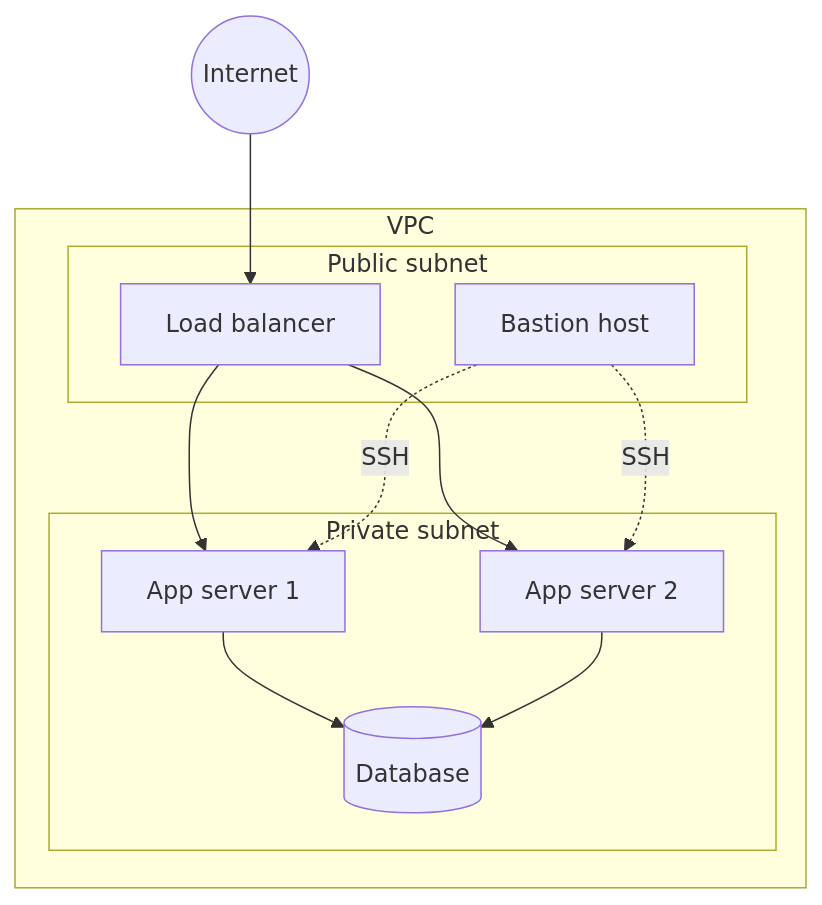
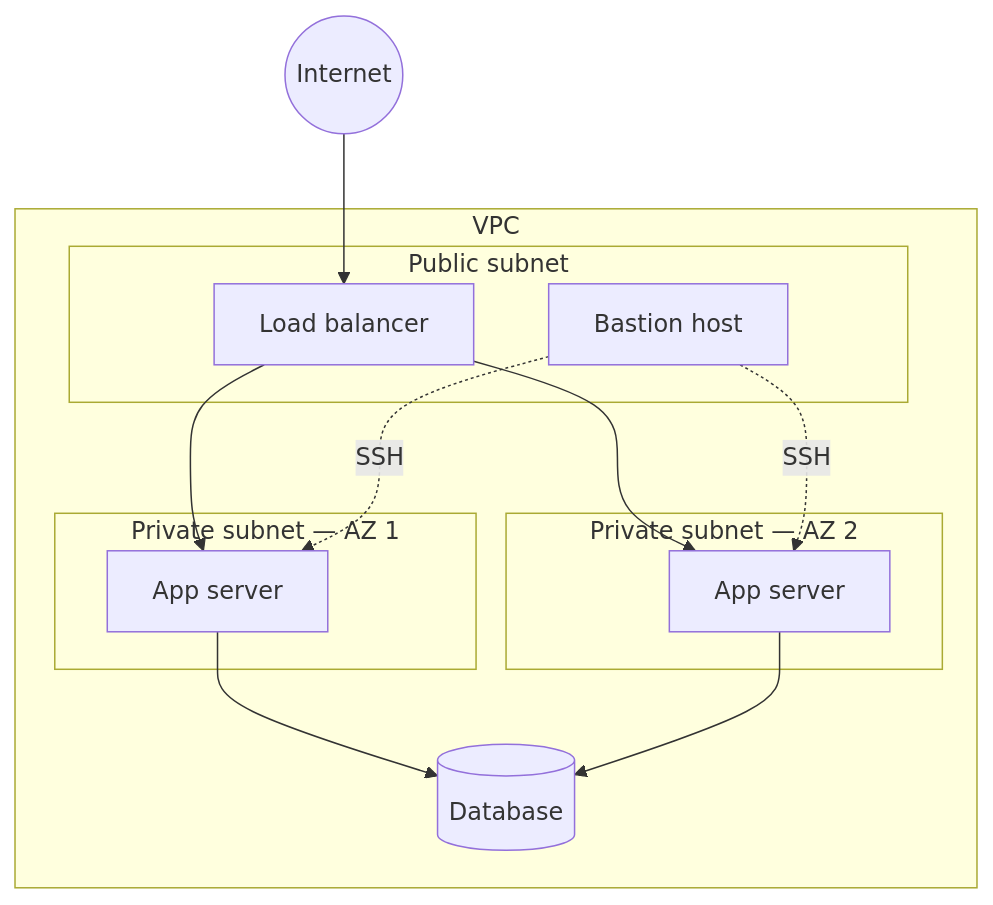
One commit to Duna-Devo/Cloud-devops-portfolio changed the second of 2 diagrams in README.md. Above: the diagram before and after it, drawn with Mermaid. The commit also changed other lines of this file, not shown here.

Commit message:
Update Stage 1 diagram to show both AZs

````diff
--- a/README.md
+++ b/README.md
@@ -52,21 +52,23 @@
 ```mermaid
 flowchart TB
     Internet((Internet)) --> LB[Load balancer]
     subgraph VPC
         subgraph Public["Public subnet"]
             LB
             Bastion[Bastion host]
         end
-        subgraph Private["Private subnet"]
-            App1[App server 1]
-            App2[App server 2]
-            DB[(Database)]
+        subgraph AZ1["Private subnet — AZ 1"]
+            App1[App server]
         end
+        subgraph AZ2["Private subnet — AZ 2"]
+            App2[App server]
+        end
+        DB[(Database)]
     end
     LB --> App1
     LB --> App2
     Bastion -.SSH.-> App1
     Bastion -.SSH.-> App2
     App1 --> DB
     App2 --> DB
 ```
````
